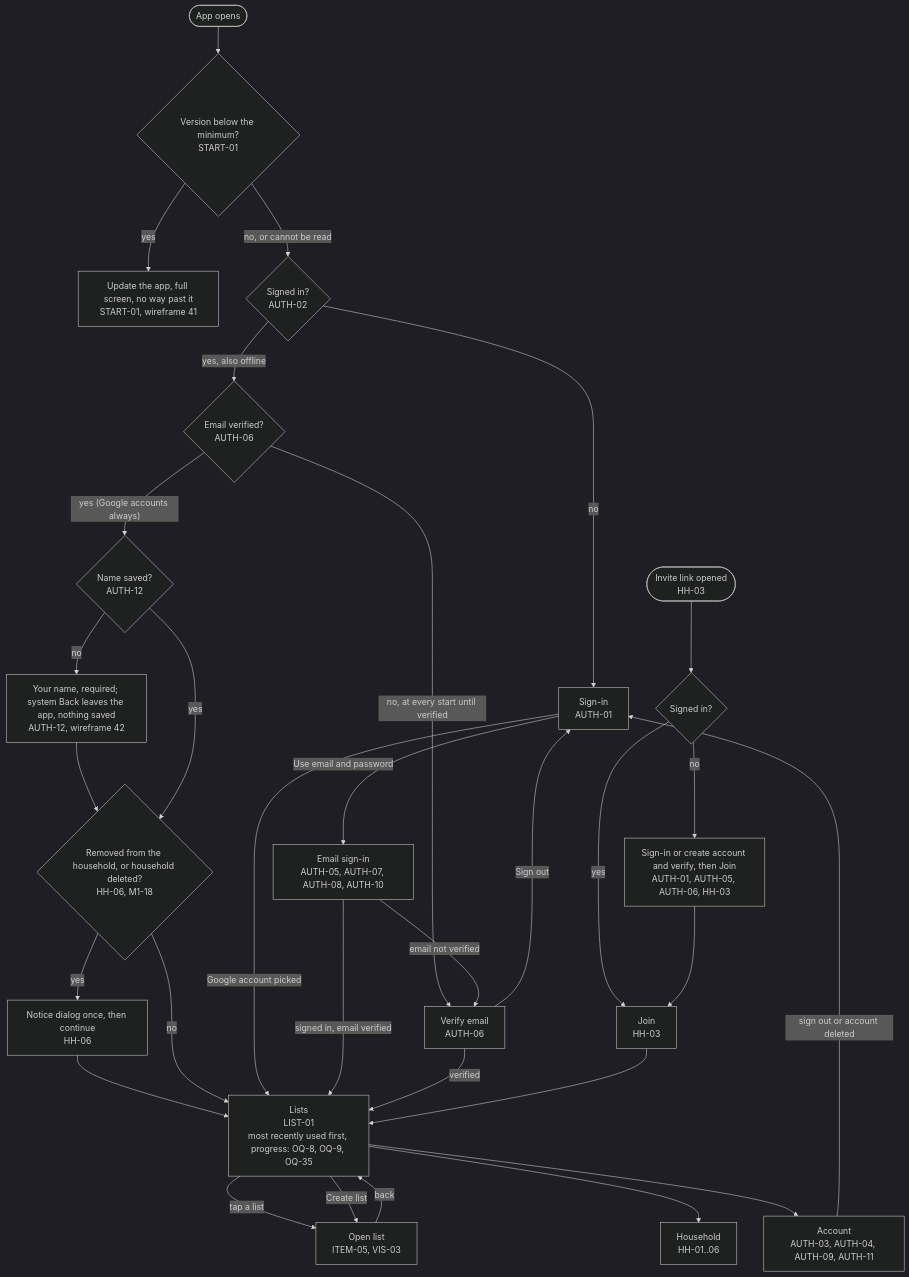
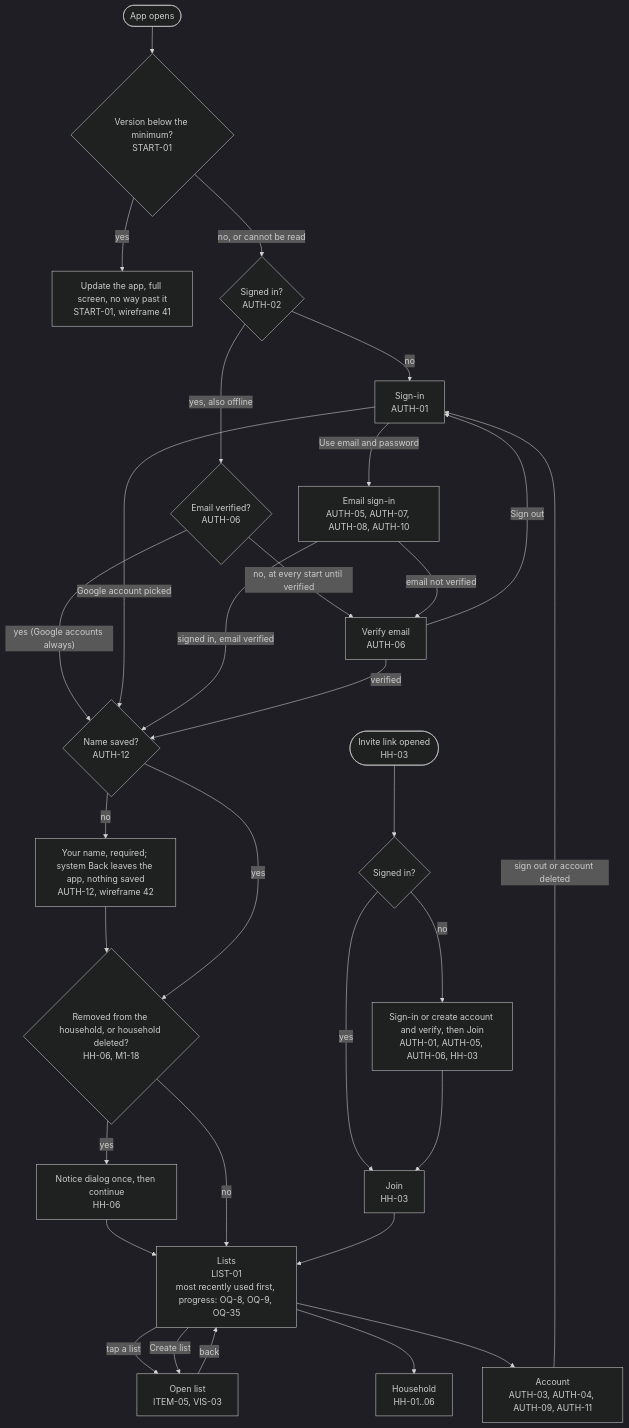
One commit to bondo/listicles2 changed the first of 11 diagrams in docs/product/flow.md. Above: the diagram before and after it, drawn with Mermaid (dark theme). The commit also changed other lines of this file and 3 other files, not shown here.

````diff
--- a/docs/product/flow.md
+++ b/docs/product/flow.md
@@ -31,31 +31,31 @@
 ```mermaid
 flowchart TD
     start(["App opens"]) --> gate{"Version below the minimum?<br>START-01"}
     gate -- "yes" --> upd["Update the app, full screen, no way past it<br>START-01, wireframe 41"]
     gate -- "no, or cannot be read" --> signed{"Signed in?<br>AUTH-02"}
     signed -- "no" --> signin["Sign-in<br>AUTH-01"]
     signed -- "yes, also offline" --> ver{"Email verified?<br>AUTH-06"}
     ver -- "no, at every start until verified" --> verify
     ver -- "yes (Google accounts always)" --> named{"Name saved?<br>AUTH-12"}
     named -- "no" --> nm0["Your name, required; system Back leaves the app, nothing saved<br>AUTH-12, wireframe 42"] --> heal
     named -- "yes" --> heal{"Removed from the household, or household deleted?<br>HH-06, M1-18"}
     heal -- "yes" --> notice["Notice dialog once, then continue<br>HH-06"] --> lists
     heal -- "no" --> lists["Lists<br>LIST-01<br>most recently used first, progress: OQ-8, OQ-9, OQ-35"]
-    signin -- "Google account picked" --> lists
+    signin -- "Google account picked" --> named
     signin -- "Use email and password" --> email["Email sign-in<br>AUTH-05, AUTH-07, AUTH-08, AUTH-10"]
-    email -- "signed in, email verified" --> lists
+    email -- "signed in, email verified" --> named
     email -- "email not verified" --> verify["Verify email<br>AUTH-06"]
-    verify -- "verified" --> lists
+    verify -- "verified" --> named
     verify -- "Sign out" --> signin
     link(["Invite link opened<br>HH-03"]) --> signed2{"Signed in?"}
     signed2 -- "no" --> signin2["Sign-in or create account and verify, then Join<br>AUTH-01, AUTH-05, AUTH-06, HH-03"]
     signed2 -- "yes" --> join["Join<br>HH-03"]
     signin2 --> join
     join --> lists
     lists -- "tap a list" --> open["Open list<br>ITEM-05, VIS-03"]
     lists -- "Create list" --> open
     lists --> household["Household<br>HH-01..06"]
     lists --> account["Account<br>AUTH-03, AUTH-04, AUTH-09, AUTH-11"]
     open -- "back" --> lists
     account -- "sign out or account deleted" --> signin
 ```
````
